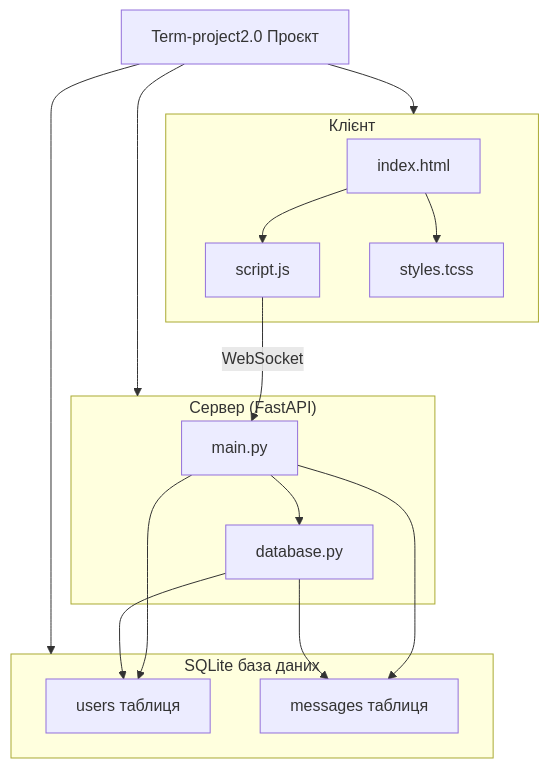
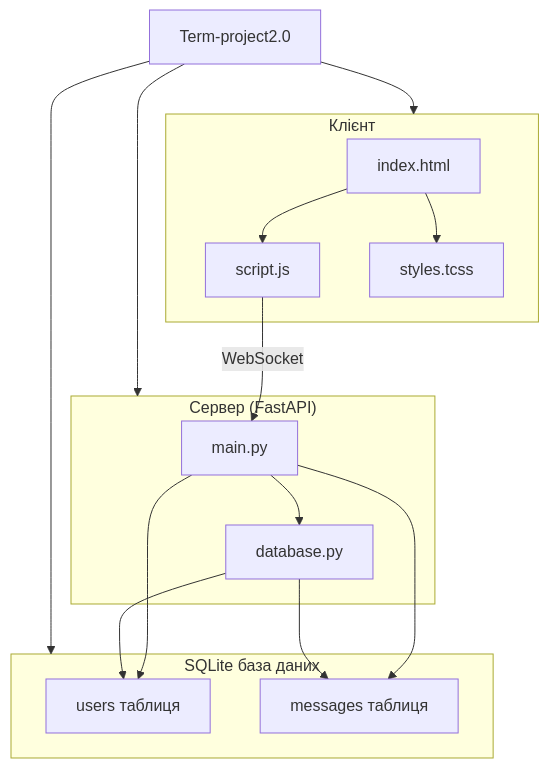
Before and after one commit to olehkosenko47/Term-project2.0: the diagram in README.md, drawn with Mermaid.

````diff
--- a/README.md
+++ b/README.md
@@ -53,37 +53,37 @@
 ```mermaid
 flowchart TD
-    A[Term-project2.0 Проєкт]
+    A[Term-project2.0]
 
     subgraph Client["Клієнт"]
         IH[index.html]
         SJ[script.js]
         ST[styles.tcss]
     end
 
     subgraph Server["Сервер (FastAPI)"]
         MPY[main.py]
         DBPY[database.py]
     end
 
     subgraph Database["SQLite база даних"]
         DB_users[users таблиця]
         DB_messages[messages таблиця]
     end
 
     %% Зв’язки
     A --> Client
     A --> Server
     A --> Database
 
     IH --> SJ
     IH --> ST
 
     MPY --> DBPY
     MPY --> DB_users
     MPY --> DB_messages
 
     DBPY --> DB_users
     DBPY --> DB_messages
 
     SJ -- WebSocket --> MPY
 ```
````
